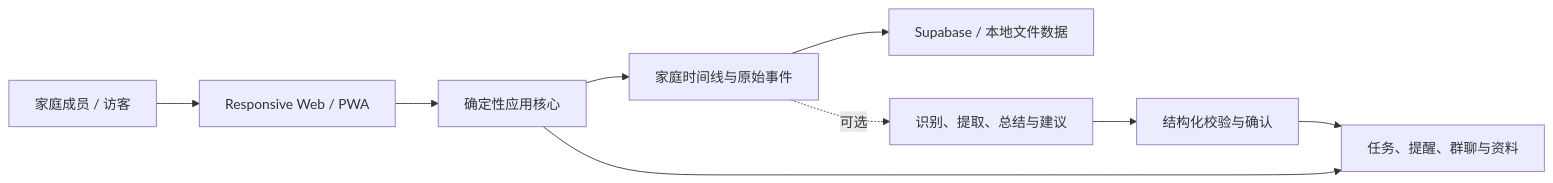
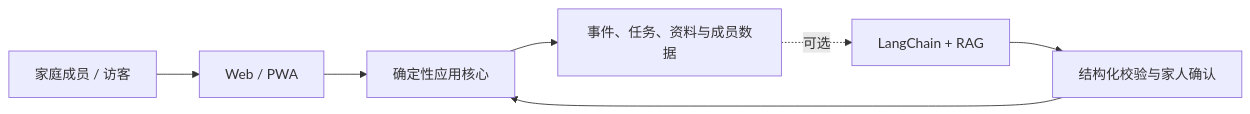
One commit to sujianleo/Family changed the second of 2 diagrams in README.md. Above: the diagram before and after it, drawn with Mermaid. The commit also changed other lines of this file and 5 other files, not shown here.

````diff
--- a/README.md
+++ b/README.md
@@ -248,11 +129,7 @@
 ```mermaid
 flowchart LR
-    U["家庭成员 / 访客"] --> UI["Responsive Web / PWA"]
-    UI --> CORE["确定性应用核心"]
-    CORE --> EVENTS["家庭时间线与原始事件"]
-    EVENTS --> DATA["Supabase / 本地文件数据"]
-    CORE --> ACTION["任务、提醒、群聊与资料"]
-    EVENTS -. "可选" .-> AI["识别、提取、总结与建议"]
-    AI --> CHECK["结构化校验与确认"]
-    CHECK --> ACTION
+    U["家庭成员 / 访客"] --> UI["Web / PWA"] --> CORE["确定性应用核心"]
+    CORE --> DATA["事件、任务、资料与成员数据"]
+    DATA -. "可选" .-> AI["LangChain + RAG"]
+    AI --> CHECK["结构化校验与家人确认"] --> CORE
 ```
````
